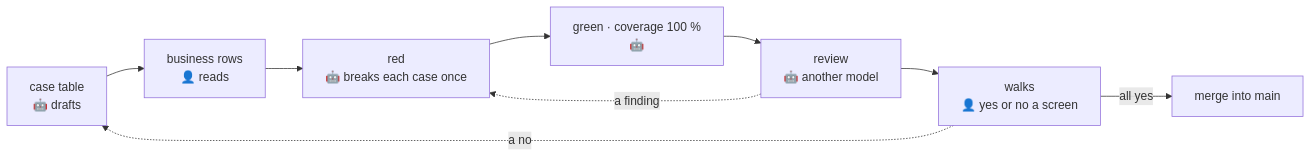
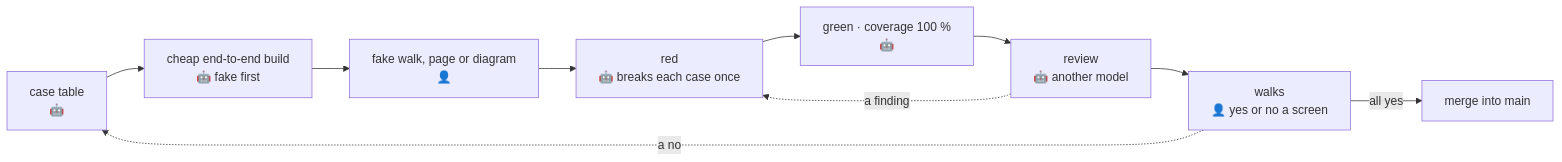
One commit to ancJ29/credo changed the diagram in docs/conventions/qa.md. Above: the diagram before and after it, drawn with Mermaid. The commit also changed other lines of this file, not shown here.

````diff
--- a/docs/conventions/qa.md
+++ b/docs/conventions/qa.md
@@ -15,11 +17,11 @@
 ```mermaid
 flowchart LR
-  table["case table<br/>🤖 drafts"] --> business["business rows<br/>👤 reads"]
-  business --> red["red<br/>🤖 breaks each case once"]
+  table["case table<br/>🤖"] --> cheap["cheap end-to-end build<br/>🤖 fake first"]
+  cheap --> look["fake walk, page or diagram<br/>👤"] --> red["red<br/>🤖 breaks each case once"]
   red --> green["green · coverage 100 %<br/>🤖"]
   green --> review["review<br/>🤖 another model"]
   review --> walks["walks<br/>👤 yes or no a screen"]
   walks -- "all yes" --> merge["merge into main"]
   review -. a finding .-> red
   walks -. a no .-> table
 ```
````
